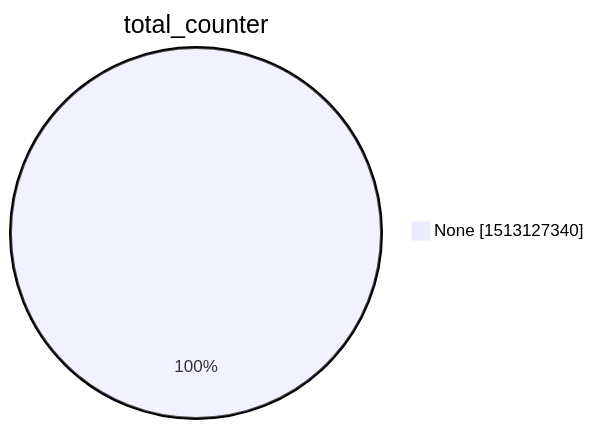
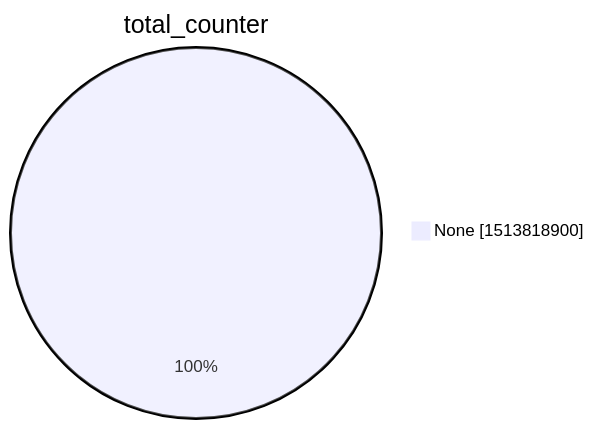
Before and after one commit to christiankrug/ctmonitor_visualization: the second of 15 diagrams in xenon2022/README.md, drawn with Mermaid. The commit also changed other lines of this file, not shown here.

````diff
--- a/xenon2022/README.md
+++ b/xenon2022/README.md
@@ -9,5 +9,5 @@
 ```mermaid
 pie showData
 title total_counter
-"None" :1513127340
+"None" :1513818900
 ```
````
